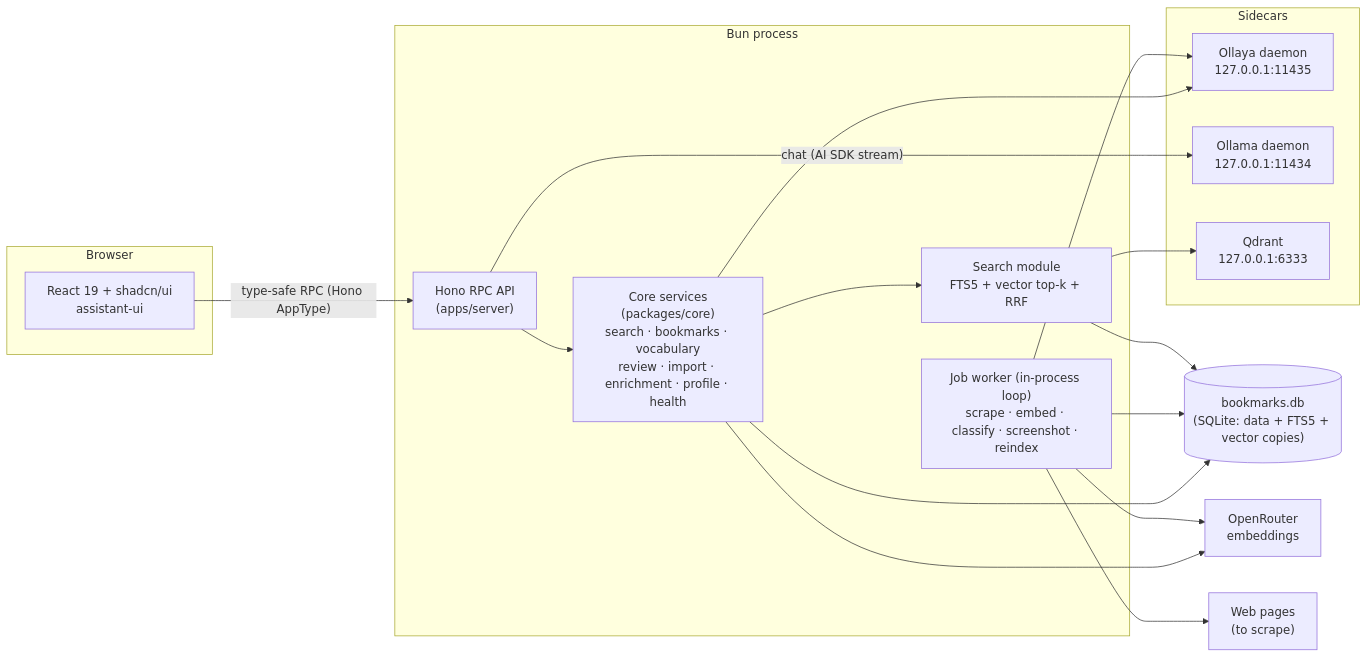
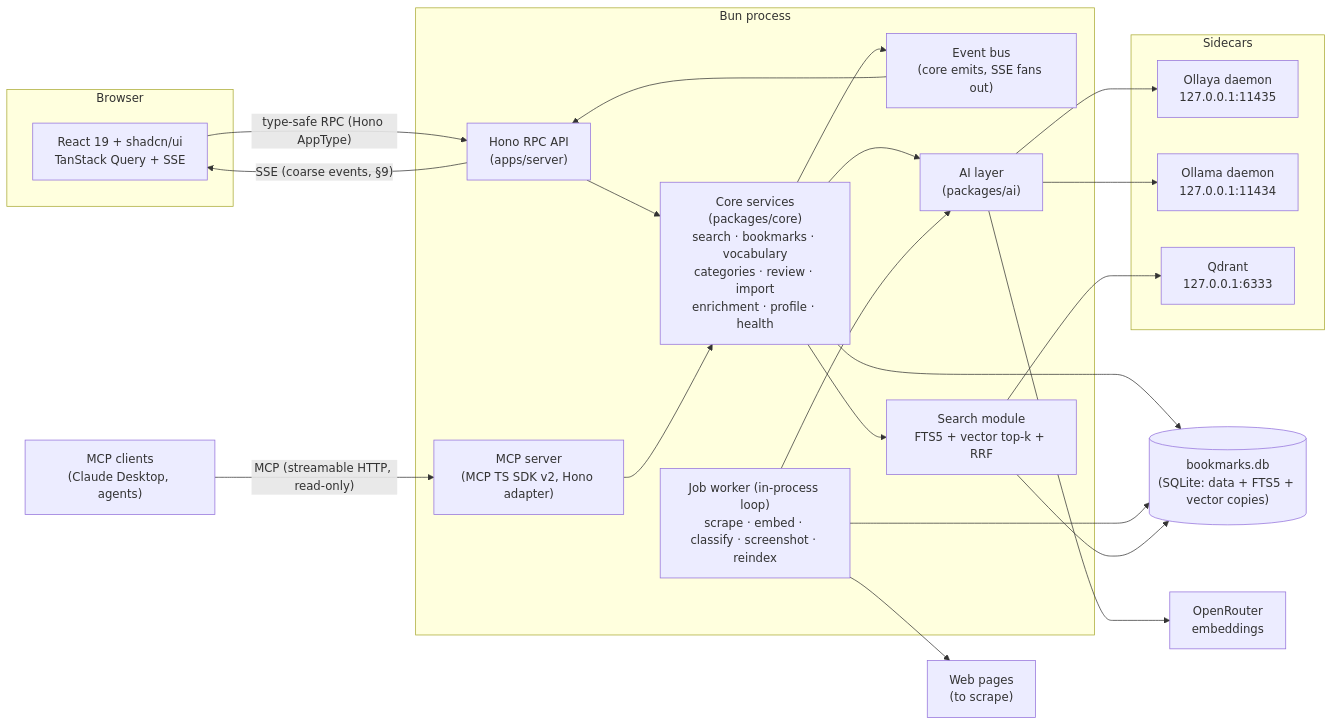
Before and after one commit to leonistor/al-yo-bo: the first of 2 diagrams in docs/ARCHITECTURE.md, drawn with Mermaid. The commit also changed other lines of this file and 3 other files, not shown here.

First line of the commit message:
docs: rewrite MODEL/ARCHITECTURE v2 for the greenfield rebuild

````diff
--- a/docs/ARCHITECTURE.md
+++ b/docs/ARCHITECTURE.md
@@ -76,38 +82,48 @@
 ```mermaid
 flowchart LR
   subgraph browser [Browser]
-    Web["React 19 + shadcn/ui\nassistant-ui"]
+    Web["React 19 + shadcn/ui\nTanStack Query + SSE"]
   end
+
+  MCPC["MCP clients\n(Claude Desktop, agents)"]
 
   subgraph bun [Bun process]
     API["Hono RPC API\n(apps/server)"]
-    Core["Core services\n(packages/core)\nsearch · bookmarks · vocabulary\nreview · import · enrichment · profile · health"]
+    MCP["MCP server\n(MCP TS SDK v2, Hono adapter)"]
+    Core["Core services\n(packages/core)\nsearch · bookmarks · vocabulary\ncategories · review · import\nenrichment · profile · health"]
+    Bus["Event bus\n(core emits, SSE fans out)"]
     Worker["Job worker (in-process loop)\nscrape · embed · classify · screenshot · reindex"]
     Search["Search module\nFTS5 + vector top-k + RRF"]
+    AI["AI layer\n(packages/ai)"]
   end
 
   DB[("bookmarks.db\n(SQLite: data + FTS5 + vector copies)")]
 
   subgraph sidecars [Sidecars]
     Ollaya["Ollaya daemon\n127.0.0.1:11435"]
     Ollama["Ollama daemon\n127.0.0.1:11434"]
     Qdrant["Qdrant\n127.0.0.1:6333"]
   end
 
   OR["OpenRouter\nembeddings"]
   Sites["Web pages\n(to scrape)"]
 
   Web -- "type-safe RPC (Hono AppType)" --> API
-  API -- "chat (AI SDK stream)" --> Ollama
+  API -- "SSE (coarse events, §9)" --> Web
+  MCPC -- "MCP (streamable HTTP, read-only)" --> MCP
   API --> Core
+  MCP --> Core
   Core --> Search
+  Core --> AI
   Core --> DB
-  Core --> OR
-  Core --> Ollaya
+  Core --> Bus
+  Bus --> API
   Worker --> DB
-  Worker --> Ollaya
-  Worker --> OR
+  Worker --> AI
   Worker --> Sites
   Search --> DB
   Search --> Qdrant
+  AI --> Ollaya
+  AI --> Ollama
+  AI --> OR
 ```
````
